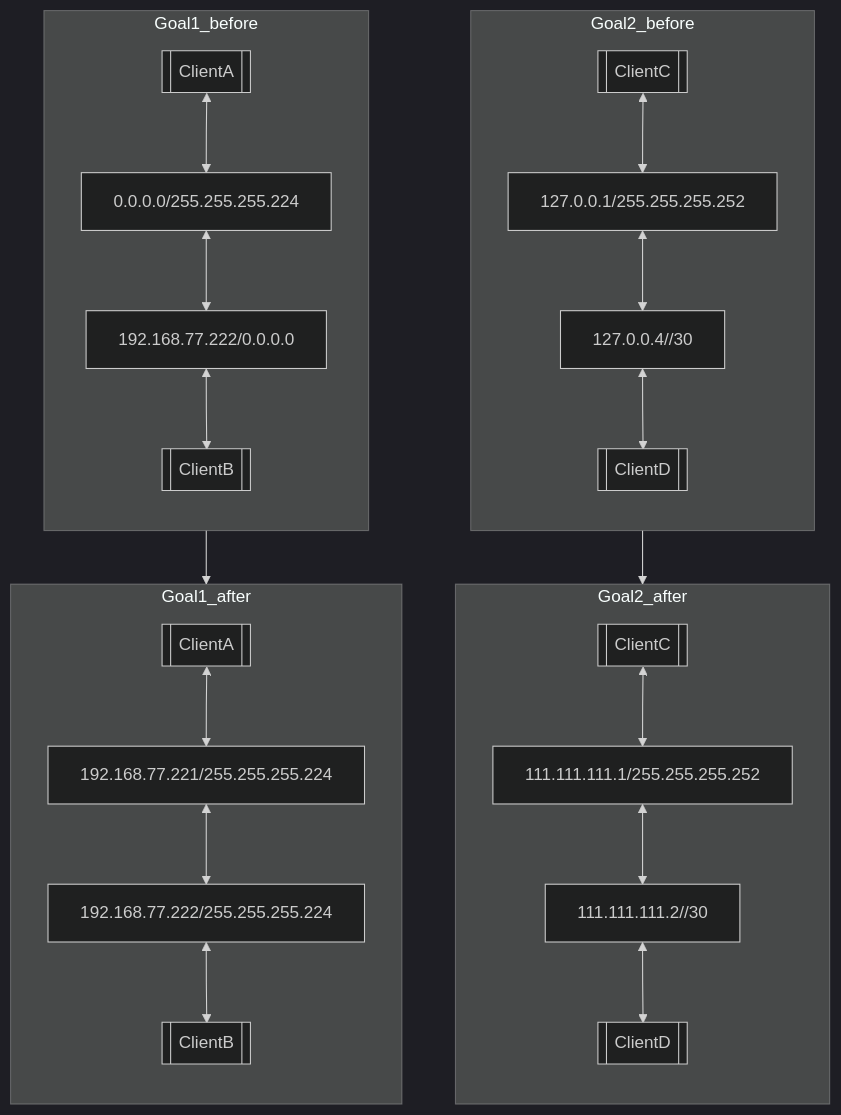
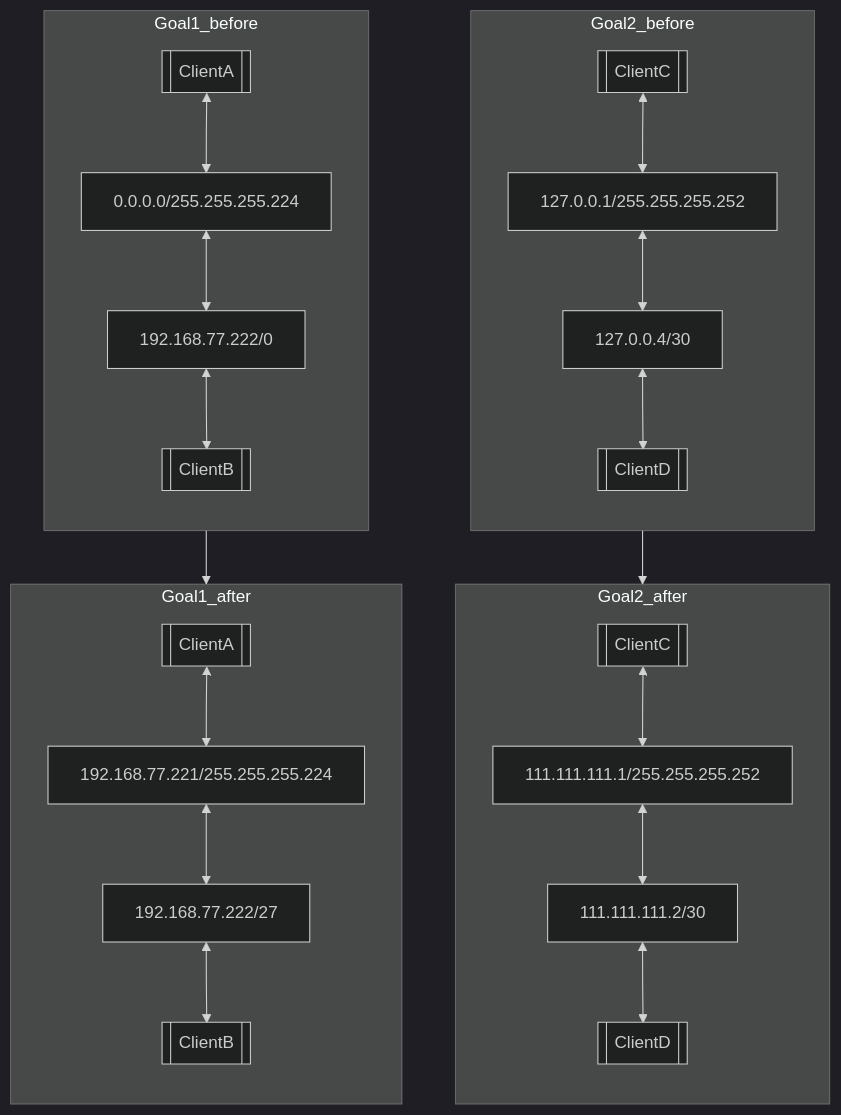
Before and after one commit to rikeda-cloud/net_practice: the second of 2 diagrams in level2.md, drawn with Mermaid. The commit also changed other lines of this file and 4 other files, not shown here.

````diff
--- a/level2.md
+++ b/level2.md
@@ -36,43 +36,43 @@
 ```mermaid
 %%{init:{'theme': 'dark'}}%%
 flowchart
 
 Goal2_before-->Goal2_after
 subgraph Goal2_before
     direction TB
     BE_CL_C[[ClientC]]
     BE_CL_D[[ClientD]]
     BE_IF_C[127.0.0.1/255.255.255.252]
-    BE_IF_D[127.0.0.4//30]
+    BE_IF_D[127.0.0.4/30]
     BE_CL_C<-->BE_IF_C<-->BE_IF_D<-->BE_CL_D
 end
 
 subgraph Goal2_after
     direction TB
     AF_CL_C[[ClientC]]
     AF_CL_D[[ClientD]]
     AF_IF_C[111.111.111.1/255.255.255.252]
-    AF_IF_D[111.111.111.2//30]
+    AF_IF_D[111.111.111.2/30]
     AF_CL_C<-->AF_IF_C<-->AF_IF_D<-->AF_CL_D
 end
 
 
 Goal1_before-->Goal1_after
 subgraph Goal1_before
     direction TB
     BE_CL_A[[ClientA]]
     BE_CL_B[[ClientB]]
     BE_IF_A[0.0.0.0/255.255.255.224]
-    BE_IF_B[192.168.77.222/0.0.0.0]
+    BE_IF_B[192.168.77.222/0]
     BE_CL_A<-->BE_IF_A<-->BE_IF_B<-->BE_CL_B
 end
 
 subgraph Goal1_after
     direction TB
     AF_CL_A[[ClientA]]
     AF_CL_B[[ClientB]]
     AF_IF_A[192.168.77.221/255.255.255.224]
-    AF_IF_B[192.168.77.222/255.255.255.224]
+    AF_IF_B[192.168.77.222/27]
     AF_CL_A<-->AF_IF_A<-->AF_IF_B<-->AF_CL_B
 end
 ```
````
